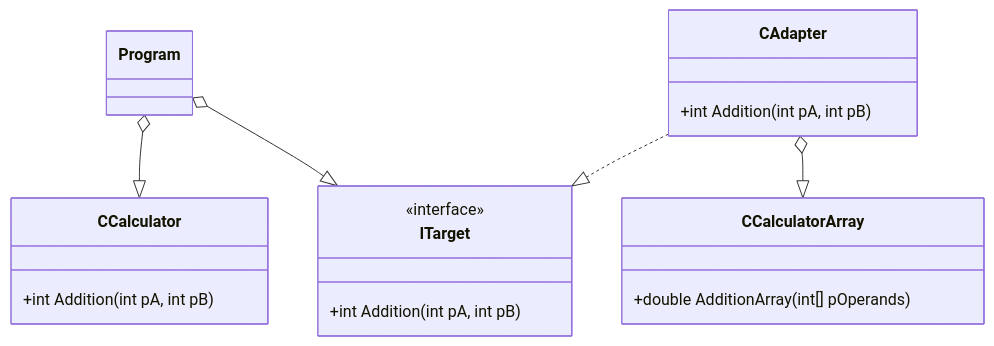
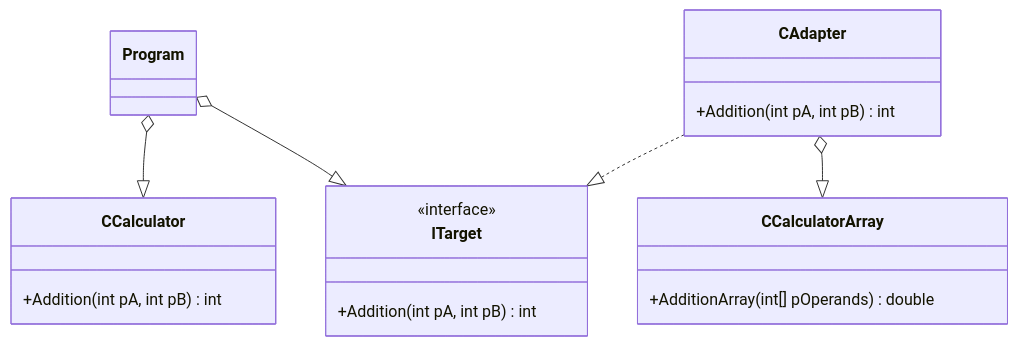
One commit to maherme/design_patterns changed the second of 2 diagrams in 07_adapter/README.md. Above: the diagram before and after it, drawn with Mermaid.

````diff
--- a/07_adapter/README.md
+++ b/07_adapter/README.md
@@ -29,21 +29,21 @@
 ```mermaid
   classDiagram
     class Program
     class ITarget{
       <<interface>>
-      +int Addition(int pA, int pB)
+      +Addition(int pA, int pB) int
     }
     class CAdapter{
-      +int Addition(int pA, int pB)
+      +Addition(int pA, int pB) int
     }
     class CCalculator{
-      +int Addition(int pA, int pB)
+      +Addition(int pA, int pB) int
     }
     class CCalculatorArray{
-      +double AdditionArray(int[] pOperands)
+      +AdditionArray(int[] pOperands) double
     }
     Program o--|> CCalculator
     Program o--|> ITarget
     CAdapter ..|> ITarget
     CAdapter o--|> CCalculatorArray
 ```
````
